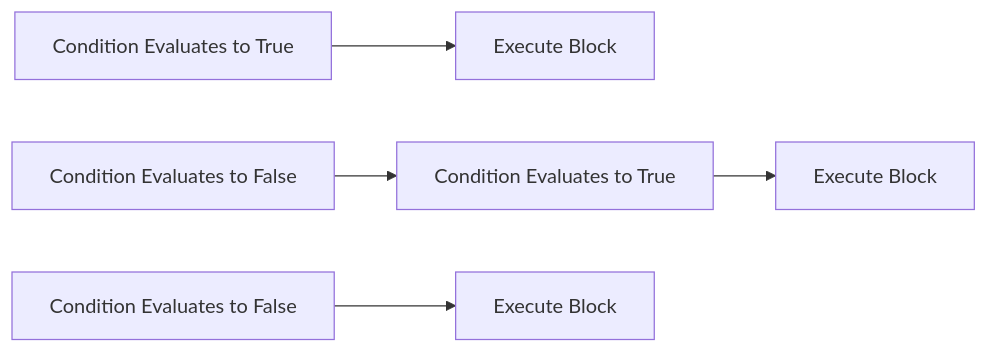
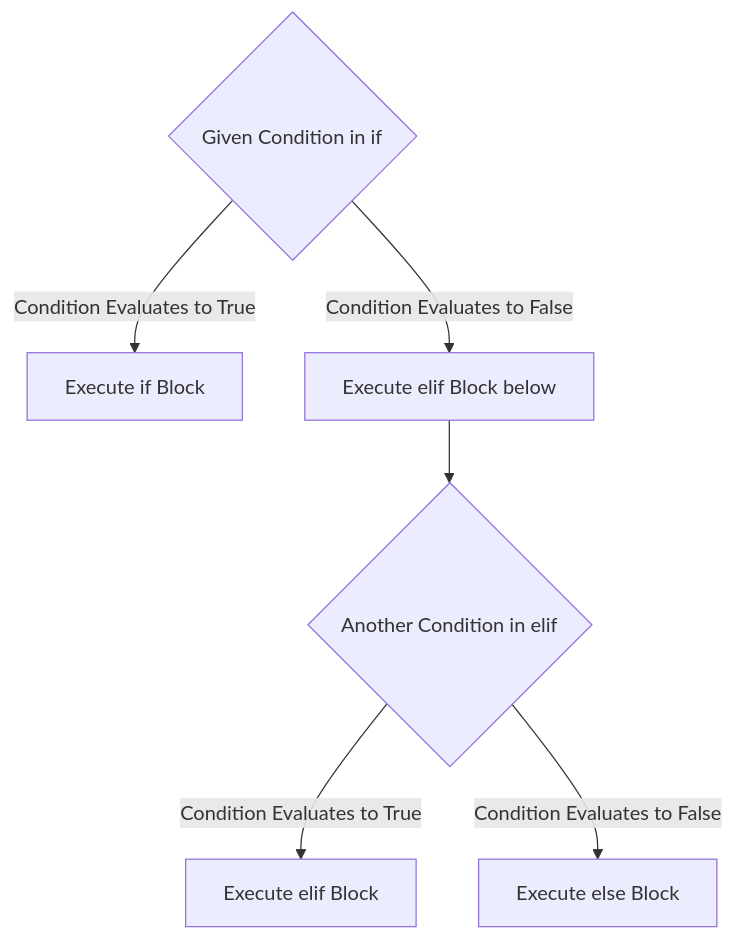
The fifth of 5 diagrams in module1.md (sounddrill31/course-notes-python), drawn with Mermaid before and after one commit. The commit also changed other lines of this file, not shown here.

````diff
--- a/module1.md
+++ b/module1.md
@@ -1074,7 +1081,7 @@
 ```mermaid
-graph LR
-    A[Condition Evaluates to True] --> B[Execute Block]
-    A1[Condition Evaluates to False] --> C[Next Condition]
-    C[Condition Evaluates to True] --> D[Execute Block]
-    C1[Condition Evaluates to False] --> E[Execute Block]
+graph TD
+    A{Given Condition in if} --Condition Evaluates to True--> B[Execute if Block]
+    A{Given Condition in if} --Condition Evaluates to False--> C[Execute elif Block below] --> C1
+    C1{Another Condition in elif} --Condition Evaluates to True --> B1[Execute elif Block]
+    C1 --Condition Evaluates to False--> C2[Execute else Block]
 ```
````
